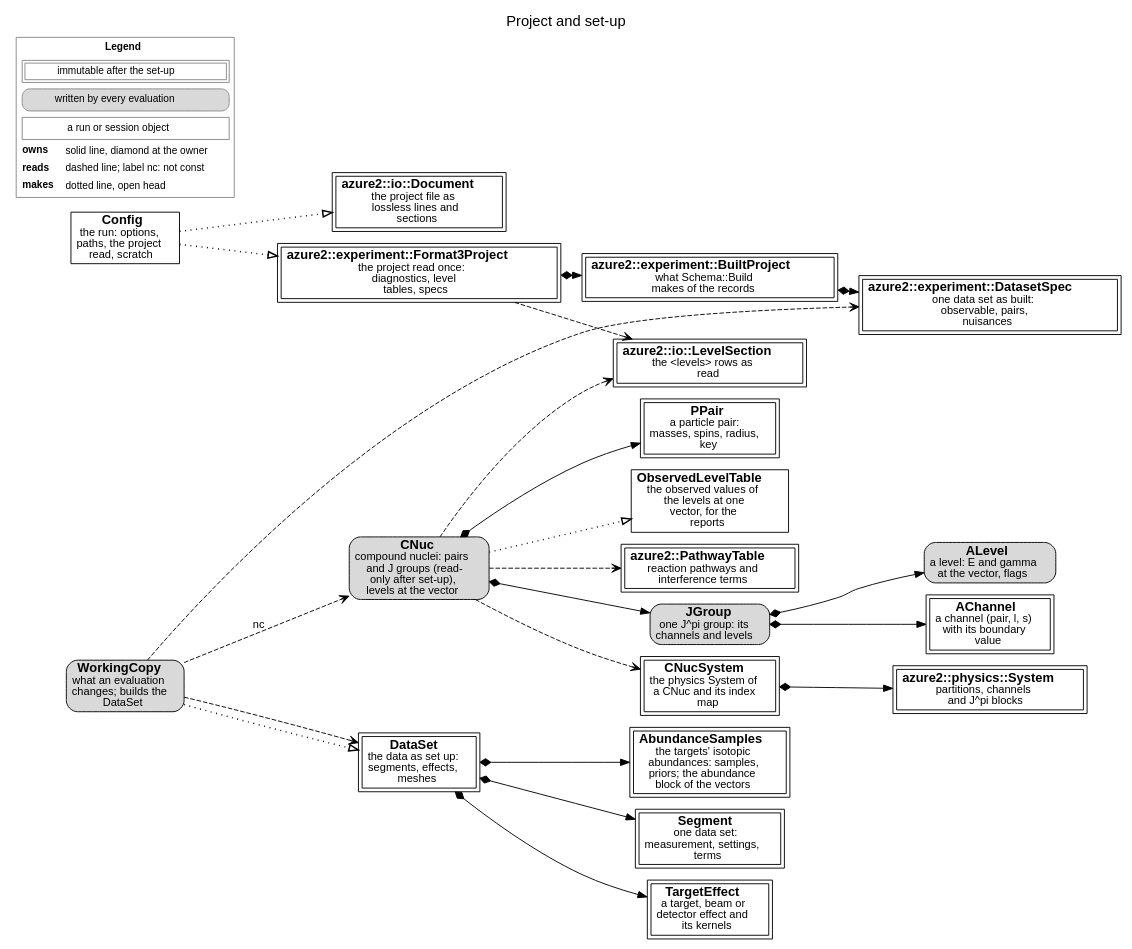
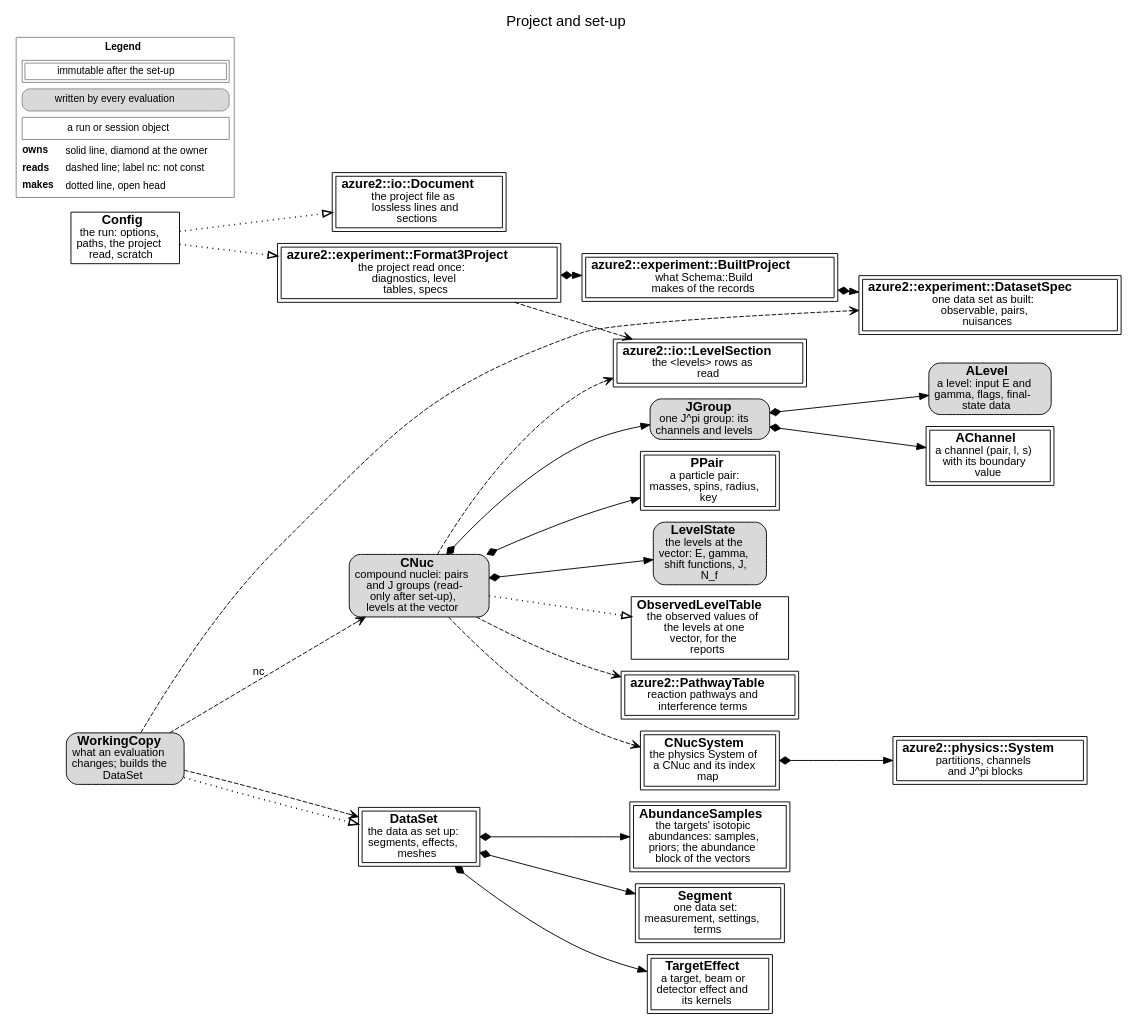
Before and after one commit to AZURE2DEV/AZURE2: the diagram in docs/source/developer/figures/setup.dot, drawn with Graphviz. The commit also changed 16 other files, not shown here.

First line of the commit message:
The external-capture amplitudes and N_f^1/2 in the LevelState; ALevel keeps the set-up data and the input values

```diff
--- a/docs/source/developer/figures/setup.dot
+++ b/docs/source/developer/figures/setup.dot
@@ -1,47 +1,49 @@
 digraph setup {
   graph [rankdir=LR, fontname="Helvetica", fontsize=16, labelloc=t, label="Project and set-up", nodesep=0.18, ranksep=0.3, newrank=true];
   node [fontname="Helvetica", fontsize=14, margin="0.08,0.04"];
   edge [fontname="Helvetica", fontsize=12];
   n_azure2__io__Document [label=<<b>azure2::io::Document</b><br/><font point-size="12">the project file as<br/>lossless lines and<br/>sections</font>>, shape=box, peripheries=2, style="filled", fillcolor="white"];
   n_azure2__io__LevelSection [label=<<b>azure2::io::LevelSection</b><br/><font point-size="12">the &lt;levels&gt; rows as<br/>read</font>>, shape=box, peripheries=2, style="filled", fillcolor="white"];
   n_azure2__experiment__Format3Project [label=<<b>azure2::experiment::Format3Project</b><br/><font point-size="12">the project read once:<br/>diagnostics, level<br/>tables, specs</font>>, shape=box, peripheries=2, style="filled", fillcolor="white"];
   n_azure2__experiment__BuiltProject [label=<<b>azure2::experiment::BuiltProject</b><br/><font point-size="12">what Schema::Build<br/>makes of the records</font>>, shape=box, peripheries=2, style="filled", fillcolor="white"];
   n_azure2__experiment__DatasetSpec [label=<<b>azure2::experiment::DatasetSpec</b><br/><font point-size="12">one data set as built:<br/>observable, pairs,<br/>nuisances</font>>, shape=box, peripheries=2, style="filled", fillcolor="white"];
   n_Config [label=<<b>Config</b><br/><font point-size="12">the run: options,<br/>paths, the project<br/>read, scratch</font>>, shape=box, style="filled", fillcolor="white"];
   n_CNuc [label=<<b>CNuc</b><br/><font point-size="12">compound nuclei: pairs<br/>and J groups (read-<br/>only after set-up),<br/>levels at the vector</font>>, shape=box, style="rounded,filled", fillcolor="#d9d9d9"];
   n_PPair [label=<<b>PPair</b><br/><font point-size="12">a particle pair:<br/>masses, spins, radius,<br/>key</font>>, shape=box, peripheries=2, style="filled", fillcolor="white"];
   n_JGroup [label=<<b>JGroup</b><br/><font point-size="12">one J^pi group: its<br/>channels and levels</font>>, shape=box, style="rounded,filled", fillcolor="#d9d9d9"];
   n_AChannel [label=<<b>AChannel</b><br/><font point-size="12">a channel (pair, l, s)<br/>with its boundary<br/>value</font>>, shape=box, peripheries=2, style="filled", fillcolor="white"];
-  n_ALevel [label=<<b>ALevel</b><br/><font point-size="12">a level: E and gamma<br/>at the vector, flags</font>>, shape=box, style="rounded,filled", fillcolor="#d9d9d9"];
+  n_ALevel [label=<<b>ALevel</b><br/><font point-size="12">a level: input E and<br/>gamma, flags, final-<br/>state data</font>>, shape=box, style="rounded,filled", fillcolor="#d9d9d9"];
+  n_LevelState [label=<<b>LevelState</b><br/><font point-size="12">the levels at the<br/>vector: E, gamma,<br/>shift functions, J,<br/>N_f</font>>, shape=box, style="rounded,filled", fillcolor="#d9d9d9"];
   n_ObservedLevelTable [label=<<b>ObservedLevelTable</b><br/><font point-size="12">the observed values of<br/>the levels at one<br/>vector, for the<br/>reports</font>>, shape=box, style="filled", fillcolor="white"];
   n_CNucSystem [label=<<b>CNucSystem</b><br/><font point-size="12">the physics System of<br/>a CNuc and its index<br/>map</font>>, shape=box, peripheries=2, style="filled", fillcolor="white"];
   n_azure2__physics__System [label=<<b>azure2::physics::System</b><br/><font point-size="12">partitions, channels<br/>and J^pi blocks</font>>, shape=box, peripheries=2, style="filled", fillcolor="white"];
   n_azure2__PathwayTable [label=<<b>azure2::PathwayTable</b><br/><font point-size="12">reaction pathways and<br/>interference terms</font>>, shape=box, peripheries=2, style="filled", fillcolor="white"];
   n_DataSet [label=<<b>DataSet</b><br/><font point-size="12">the data as set up:<br/>segments, effects,<br/>meshes</font>>, shape=box, peripheries=2, style="filled", fillcolor="white"];
   n_AbundanceSamples [label=<<b>AbundanceSamples</b><br/><font point-size="12">the targets&#x27; isotopic<br/>abundances: samples,<br/>priors; the abundance<br/>block of the vectors</font>>, shape=box, peripheries=2, style="filled", fillcolor="white"];
   n_Segment [label=<<b>Segment</b><br/><font point-size="12">one data set:<br/>measurement, settings,<br/>terms</font>>, shape=box, peripheries=2, style="filled", fillcolor="white"];
   n_TargetEffect [label=<<b>TargetEffect</b><br/><font point-size="12">a target, beam or<br/>detector effect and<br/>its kernels</font>>, shape=box, peripheries=2, style="filled", fillcolor="white"];
   n_WorkingCopy [label=<<b>WorkingCopy</b><br/><font point-size="12">what an evaluation<br/>changes; builds the<br/>DataSet</font>>, shape=box, style="rounded,filled", fillcolor="#d9d9d9"];
   n_Config -> n_azure2__io__Document [style=dotted, penwidth=1.6, arrowhead=empty];
   n_Config -> n_azure2__experiment__Format3Project [style=dotted, penwidth=1.6, arrowhead=empty];
   n_azure2__experiment__Format3Project -> n_azure2__io__LevelSection [style=dashed, arrowhead=vee];
   n_azure2__experiment__Format3Project -> n_azure2__experiment__BuiltProject [style=solid, dir=both, arrowtail=diamond, arrowhead=normal];
   n_azure2__experiment__BuiltProject -> n_azure2__experiment__DatasetSpec [style=solid, dir=both, arrowtail=diamond, arrowhead=normal];
   n_CNuc -> n_azure2__io__LevelSection [style=dashed, arrowhead=vee];
   n_CNuc -> n_PPair [style=solid, dir=both, arrowtail=diamond, arrowhead=normal];
   n_CNuc -> n_JGroup [style=solid, dir=both, arrowtail=diamond, arrowhead=normal];
   n_JGroup -> n_AChannel [style=solid, dir=both, arrowtail=diamond, arrowhead=normal];
   n_JGroup -> n_ALevel [style=solid, dir=both, arrowtail=diamond, arrowhead=normal];
+  n_CNuc -> n_LevelState [style=solid, dir=both, arrowtail=diamond, arrowhead=normal];
   n_CNuc -> n_ObservedLevelTable [style=dotted, penwidth=1.6, arrowhead=empty];
   n_CNuc -> n_CNucSystem [style=dashed, arrowhead=vee];
   n_CNucSystem -> n_azure2__physics__System [style=solid, dir=both, arrowtail=diamond, arrowhead=normal];
   n_CNuc -> n_azure2__PathwayTable [style=dashed, arrowhead=vee];
   n_WorkingCopy -> n_azure2__experiment__DatasetSpec [style=dashed, arrowhead=vee];
   n_WorkingCopy -> n_CNuc [style=dashed, arrowhead=vee, label=" nc"];
   n_WorkingCopy -> n_DataSet [style=dotted, penwidth=1.6, arrowhead=empty];
   n_WorkingCopy -> n_DataSet [style=dashed, arrowhead=vee];
   n_DataSet -> n_Segment [style=solid, dir=both, arrowtail=diamond, arrowhead=normal];
   n_DataSet -> n_TargetEffect [style=solid, dir=both, arrowtail=diamond, arrowhead=normal];
   n_DataSet -> n_AbundanceSamples [style=solid, dir=both, arrowtail=diamond, arrowhead=normal];
   legend [shape=plaintext, fontsize=11, label=<<TABLE BORDER="1" CELLBORDER="0" CELLSPACING="3" COLOR="#888888"><TR><TD COLSPAN="2"><B>Legend</B></TD></TR><TR><TD COLSPAN="2"><TABLE BORDER="1" CELLBORDER="1" CELLSPACING="2" CELLPADDING="2"><TR><TD>immutable after the set-up</TD></TR></TABLE></TD></TR><TR><TD COLSPAN="2"><TABLE BORDER="1" CELLBORDER="0" CELLPADDING="3" STYLE="rounded" BGCOLOR="#d9d9d9"><TR><TD>written by every evaluation</TD></TR></TABLE></TD></TR><TR><TD COLSPAN="2"><TABLE BORDER="1" CELLBORDER="0" CELLPADDING="3" ><TR><TD>a run or session object</TD></TR></TABLE></TD></TR><TR><TD ALIGN="LEFT"><B>owns</B></TD><TD ALIGN="LEFT">solid line, diamond at the owner</TD></TR><TR><TD ALIGN="LEFT"><B>reads</B></TD><TD ALIGN="LEFT">dashed line; label nc: not const</TD></TR><TR><TD ALIGN="LEFT"><B>makes</B></TD><TD ALIGN="LEFT">dotted line, open head</TD></TR></TABLE>>];
 }
```
